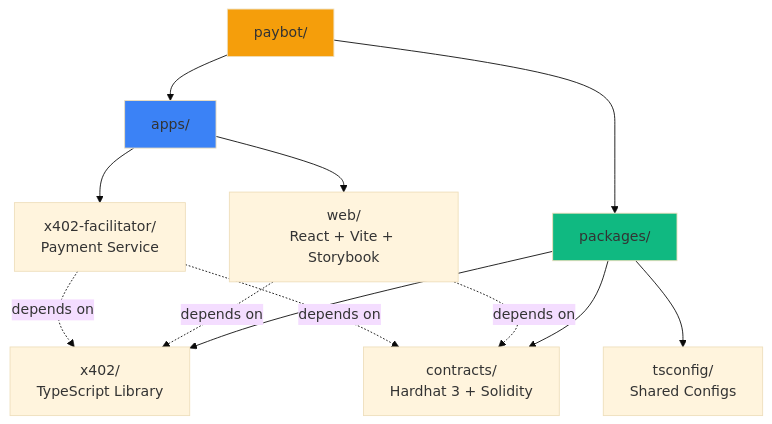
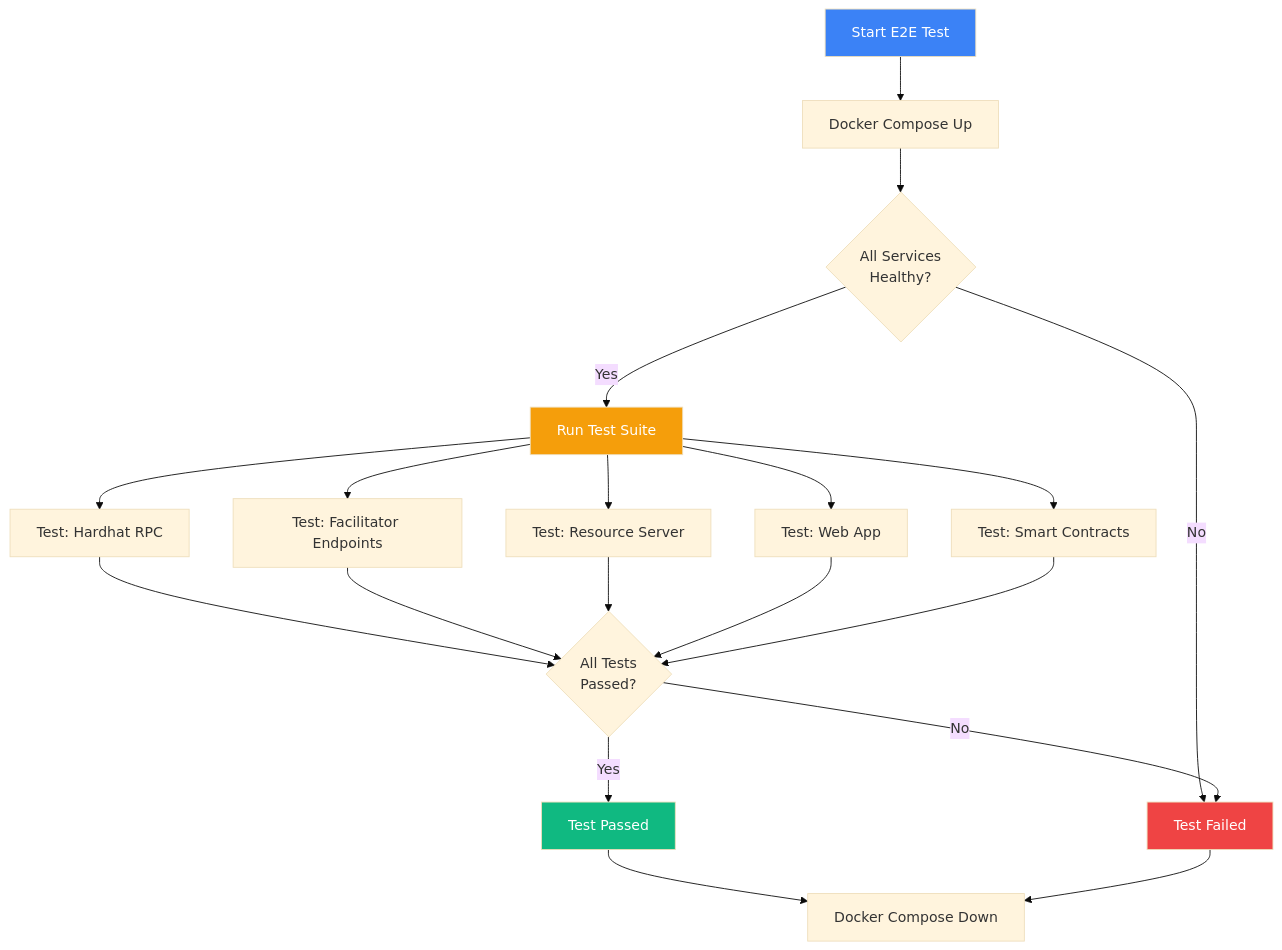
The ninth of 9 diagrams in README.md (superposition/paybot), drawn with Mermaid (base theme) before and after one commit. The commit also changed other lines of this file and 1 other file, not shown here.

First line of the commit message:
feat: Complete X402 payment flow with facilitator and comprehensive documentation (#40)

````diff
--- a/README.md
+++ b/README.md
@@ -327,23 +532,31 @@
 ```mermaid
 graph TB
-    Root[paybot/]
+    Start[Start E2E Test] --> Docker[Docker Compose Up]
+    Docker --> Health{All Services<br/>Healthy?}
 
-    Root --> Apps[apps/]
-    Root --> Packages[packages/]
+    Health -->|No| Fail[Test Failed]
+    Health -->|Yes| Tests[Run Test Suite]
 
-    Apps --> Web[web/<br/>React + Vite + Storybook]
-    Apps --> Facilitator[x402-facilitator/<br/>Payment Service]
+    Tests --> RPC[Test: Hardhat RPC]
+    Tests --> Fac[Test: Facilitator Endpoints]
+    Tests --> Res[Test: Resource Server]
+    Tests --> WebTest[Test: Web App]
+    Tests --> Contracts[Test: Smart Contracts]
 
-    Packages --> Contracts[contracts/<br/>Hardhat 3 + Solidity]
-    Packages --> X402[x402/<br/>TypeScript Library]
-    Packages --> TSConfig[tsconfig/<br/>Shared Configs]
+    RPC --> Results{All Tests<br/>Passed?}
+    Fac --> Results
+    Res --> Results
+    WebTest --> Results
+    Contracts --> Results
 
-    Web -.depends on.-> X402
-    Web -.depends on.-> Contracts
-    Facilitator -.depends on.-> X402
-    Facilitator -.depends on.-> Contracts
+    Results -->|Yes| Success[Test Passed]
+    Results -->|No| Fail
 
-    style Root fill:#f59e0b
-    style Apps fill:#3b82f6
-    style Packages fill:#10b981
+    Success --> Cleanup[Docker Compose Down]
+    Fail --> Cleanup
+
+    style Start fill:#3b82f6,color:#fff
+    style Success fill:#10b981,color:#fff
+    style Fail fill:#ef4444,color:#fff
+    style Tests fill:#f59e0b,color:#fff
 ```
````
